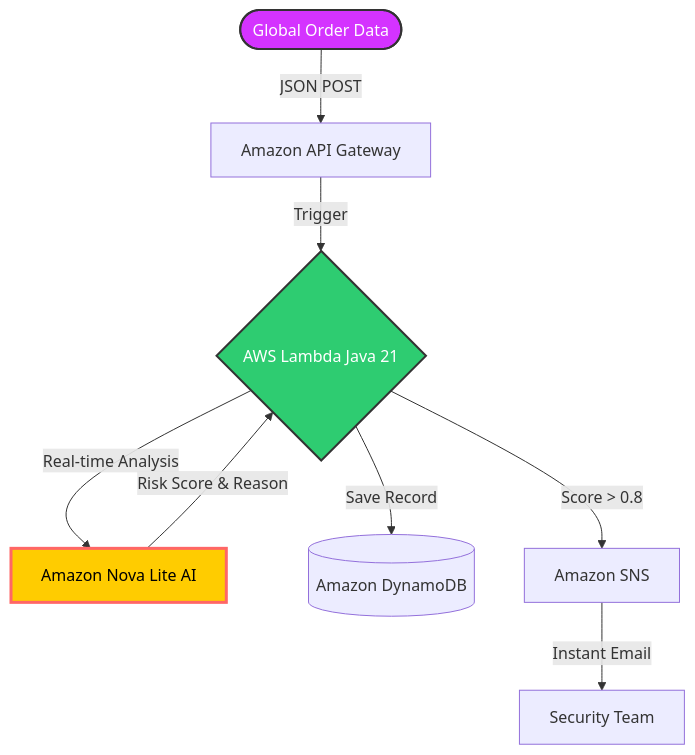
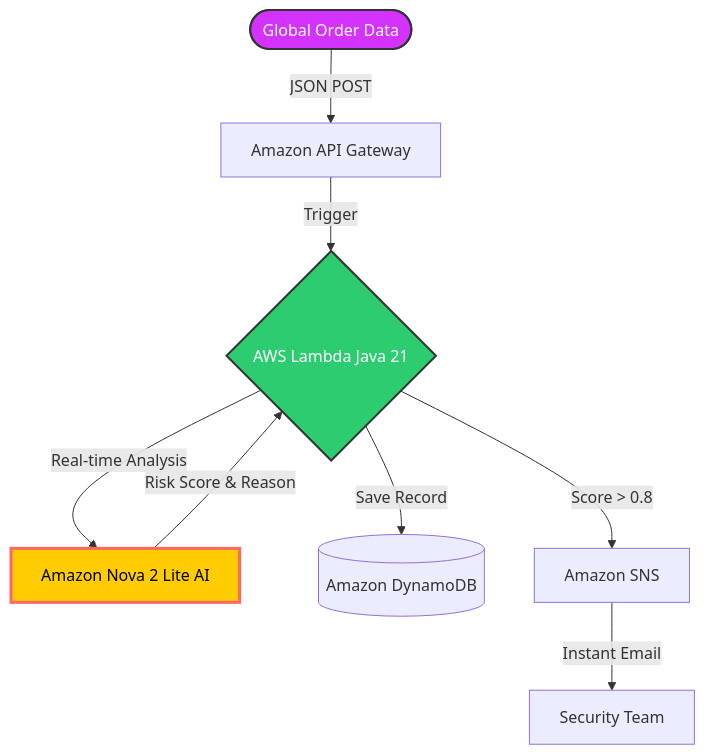
Before and after one commit to Iris34382940/SentinelStream-Fraud-Prevention: the diagram in README.md, drawn with Mermaid. The commit also changed other lines of this file, not shown here.

Commit message:
docs: enhance Intelligence Layer documentation with more details

````diff
--- a/README.md
+++ b/README.md
@@ -28,13 +28,13 @@
 ```mermaid
 graph TD
 User([Global Order Data]) -->|JSON POST| API[Amazon API Gateway]
 API -->|Trigger| Lambda{AWS Lambda Java 21}
-Lambda -->|Real-time Analysis| Nova[Amazon Nova Lite AI]
+Lambda -->|Real-time Analysis| Nova[Amazon Nova 2 Lite AI]
 Nova -->|Risk Score & Reason| Lambda
 Lambda -->|Save Record| DB[(Amazon DynamoDB)]
 Lambda -->|Score > 0.8| SNS[Amazon SNS]
 SNS -->|Instant Email| Admin[Security Team]
     style User fill:#d433ff,stroke:#333,stroke-width:2px,color:#fff
     style Nova fill:#ffcc00,stroke:#f66,stroke-width:3px,color:#000
     style Lambda fill:#2ecc71,stroke:#333,stroke-width:2px,color:#fff
 ```
````
